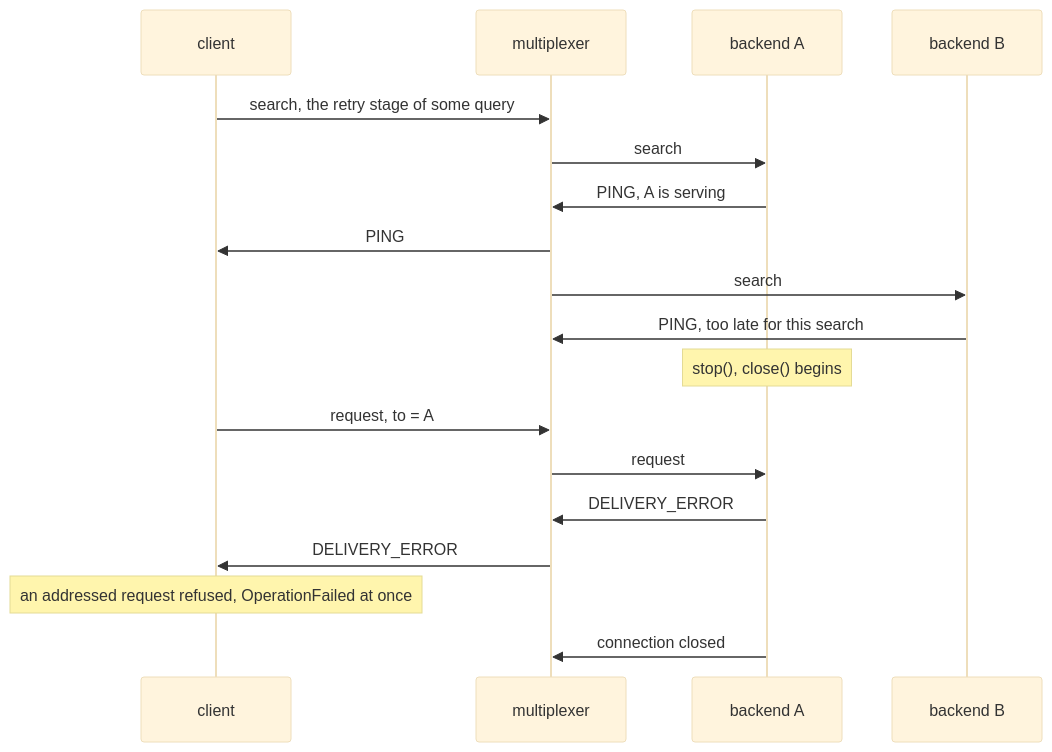
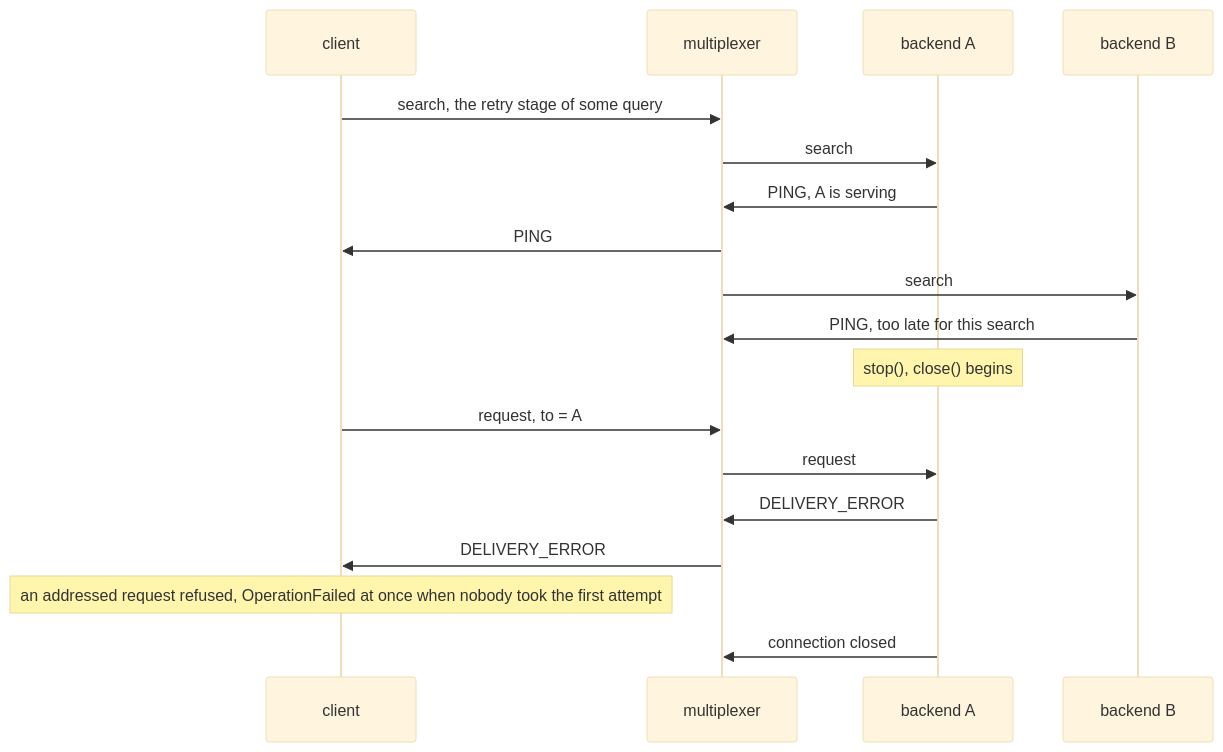
One commit to kulewski/multiplexer changed the third of 4 diagrams in docs/leaving.md. Above: the diagram before and after it, drawn with Mermaid (base theme). The commit also changed other lines of this file and 190 other files, not shown here.

````diff
--- a/docs/leaving.md
+++ b/docs/leaving.md
@@ -195,20 +213,20 @@
 ```mermaid
 sequenceDiagram
     participant C as client
     participant M as multiplexer
     participant A as backend A
     participant B as backend B
     C->>M: search, the retry stage of some query
     M->>A: search
     A->>M: PING, A is serving
     M->>C: PING
     M->>B: search
     B->>M: PING, too late for this search
     Note over A: stop(), close() begins
     C->>M: request, to = A
     M->>A: request
     A->>M: DELIVERY_ERROR
     M->>C: DELIVERY_ERROR
-    Note over C: an addressed request refused, OperationFailed at once
+    Note over C: an addressed request refused, OperationFailed at once when nobody took the first attempt
     A->>M: connection closed
 ```
````
